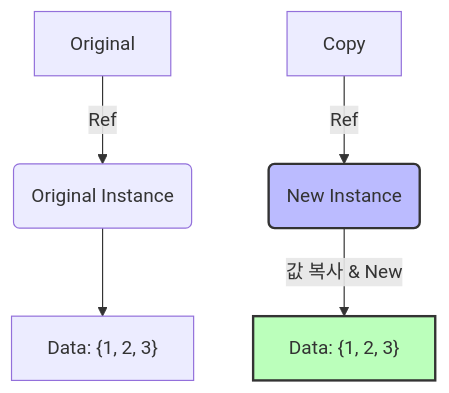
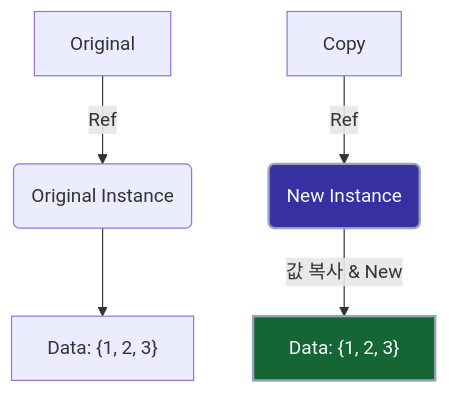
The third of 3 diagrams in _posts/java/03-memory-management/2026-01-01-얕은-복사(shallow-copy)와-깊은-복사(deep-copy).md (Kang-Hyesung/kang-hyesung.github.io), drawn with Mermaid before and after one commit. The commit also changed other lines of this file and 74 other files, not shown here.

Commit message:
docs: update post visibility and mermaid colors

````diff
--- a/_posts/java/03-memory-management/2026-01-01-얕은-복사(shallow-copy)와-깊은-복사(deep-copy).md
+++ b/_posts/java/03-memory-management/2026-01-01-얕은-복사(shallow-copy)와-깊은-복사(deep-copy).md
@@ -116,12 +116,12 @@
 ```mermaid
 graph TD
     Ref1[Original] -->|Ref| Instance1(Original Instance)
     Ref2[Copy] -->|Ref| Instance2(New Instance)
     
     Instance1 --> Data1["Data: {1, 2, 3}"]
     Instance2 -->|"값 복사 & New"| Data2["Data: {1, 2, 3}"]
     
-    style Instance2 fill:#bbf,stroke:#333,stroke-width:2px
-    style Data2 fill:#bfb,stroke:#333,stroke-width:2px
+    style Instance2 fill:#3730a3,stroke:#94a3b8,stroke-width:2px,color:#f8fafc
+    style Data2 fill:#166534,stroke:#94a3b8,stroke-width:2px,color:#f8fafc
 
 ```
````
